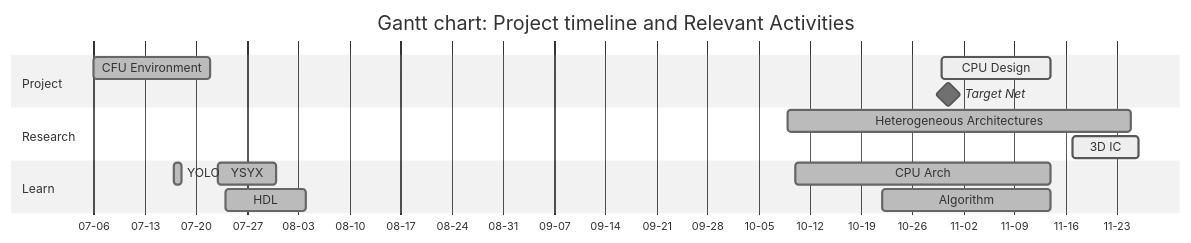
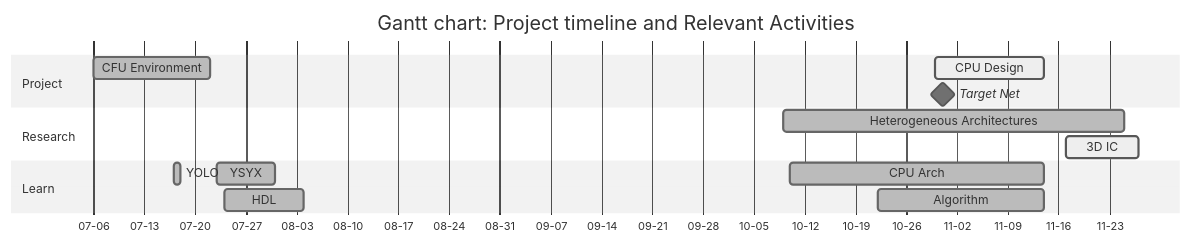
Before and after one commit to Marcobisky/Marcobisky.github.io: the first of 2 diagrams in tinyml/index.qmd, drawn with Mermaid (neutral theme). The commit also changed 28 other files, not shown here.

````diff
--- a/tinyml/index.qmd
+++ b/tinyml/index.qmd
@@ -48,32 +48,32 @@
 ```{mermaid}
 ---
 displayMode: compact
 ---
 %%| label: fig-timeline
 %%| fig-cap: "Gantt Chart"
 %%| fig-width: 10
 %%| fig-height: 6
 
 gantt
     title Gantt chart: Project timeline and Relevant Activities
     dateFormat  YYYY-MM-DD
     axisFormat  %m-%d
     tickInterval 14d
 
     section Project
         CFU Environment :done, 2025-07-06, 2025-07-22
         Target Net :milestone, 2025-10-31, 0d
         CPU Design :active, 2025-10-30, 2025-11-14
 
     section Research
         Heterogeneous Architectures :done, 2025-10-09, 2025-11-25
-        3D IC :active, 2025-11-17, 2025-11-26
+        3D IC :active, 2025-11-17, 2025-11-27
 
     section Learn
         YSYX :done, 2025-07-23, 2025-07-31
         HDL :done, 2025-07-24, 2025-08-04
         YOLO :done, 2025-07-17, 1d
         CPU Arch :done, 2025-10-10, 2025-11-14
         Algorithm :done, 2025-10-22, 2025-11-14
 
 ```
````
